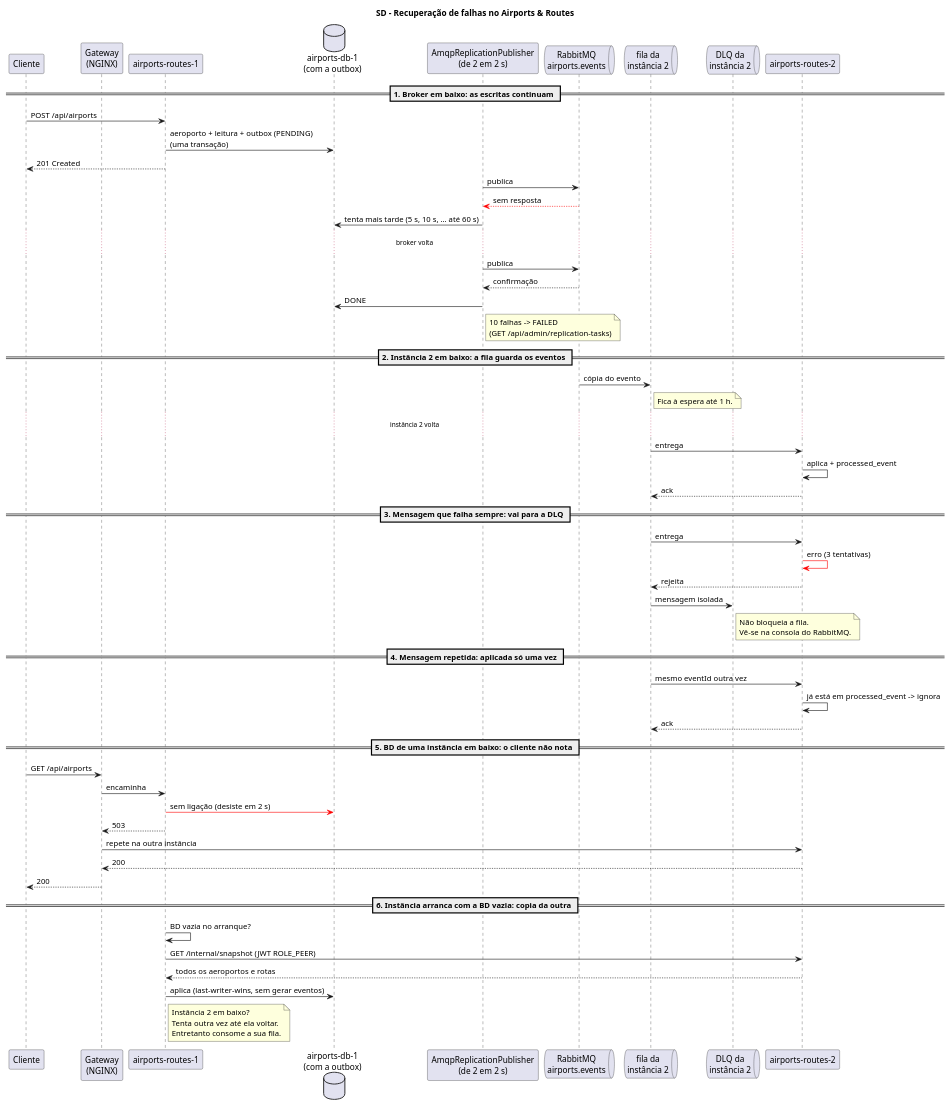
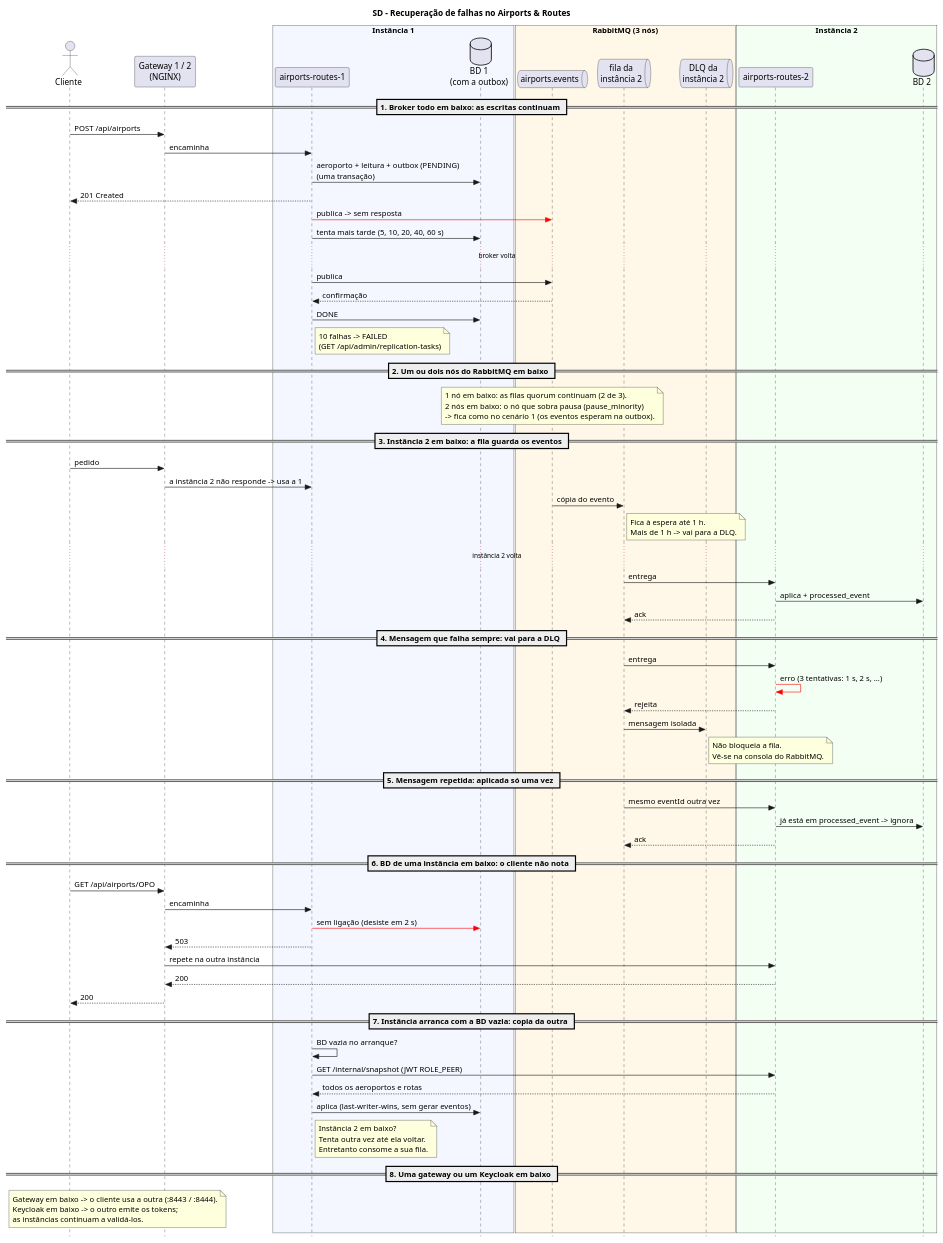
The diagram in Services/Airport e Routes/airports-routes-service/docs/E2/sd-failure-recovery.puml (anamartasilvaa/SIDIG_AI_Safe), drawn with PlantUML before and after one commit. The commit also changed 16 other files, not shown here.

```diff
--- a/Services/Airport e Routes/airports-routes-service/docs/E2/sd-failure-recovery.puml
+++ b/Services/Airport e Routes/airports-routes-service/docs/E2/sd-failure-recovery.puml
@@ -1,63 +1,85 @@
 @startuml sd-failure-recovery
-skinparam shadowing false
+skinparam style strictuml
 title SD - Recuperação de falhas no Airports & Routes
 
-participant "Cliente" as C
-participant "Gateway\n(NGINX)" as GW
+actor "Cliente" as C
+participant "Gateway 1 / 2\n(NGINX)" as GW
+box "Instância 1" #F4F7FF
 participant "airports-routes-1" as A1
-database "airports-db-1\n(com a outbox)" as DB1
-participant "AmqpReplicationPublisher\n(de 2 em 2 s)" as P
-queue "RabbitMQ\nairports.events" as MQ
+database "BD 1\n(com a outbox)" as DB1
+end box
+box "RabbitMQ (3 nós)" #FFF8E8
+queue "airports.events" as MQ
 queue "fila da\ninstância 2" as Q2
 queue "DLQ da\ninstância 2" as DLQ
+end box
+box "Instância 2" #F4FFF4
 participant "airports-routes-2" as A2
+database "BD 2" as DB2
+end box
 
-== 1. Broker em baixo: as escritas continuam ==
-C -> A1 : POST /api/airports
+== 1. Broker todo em baixo: as escritas continuam ==
+C -> GW : POST /api/airports
+GW -> A1 : encaminha
 A1 -> DB1 : aeroporto + leitura + outbox (PENDING)\n(uma transação)
 A1 --> C : 201 Created
-P -> MQ : publica
-MQ -[#red]-> P : sem resposta
-P -> DB1 : tenta mais tarde (5 s, 10 s, ... até 60 s)
+A1 -[#red]> MQ : publica -> sem resposta
+A1 -> DB1 : tenta mais tarde (5, 10, 20, 40, 60 s)
 ... broker volta ...
-P -> MQ : publica
-MQ --> P : confirmação
-P -> DB1 : DONE
-note right of P : 10 falhas -> FAILED\n(GET /api/admin/replication-tasks)
+A1 -> MQ : publica
+MQ --> A1 : confirmação
+A1 -> DB1 : DONE
+note right of A1 : 10 falhas -> FAILED\n(GET /api/admin/replication-tasks)
 
-== 2. Instância 2 em baixo: a fila guarda os eventos ==
+== 2. Um ou dois nós do RabbitMQ em baixo ==
+note over MQ
+  1 nó em baixo: as filas quorum continuam (2 de 3).
+  2 nós em baixo: o nó que sobra pausa (pause_minority)
+  -> fica como no cenário 1 (os eventos esperam na outbox).
+end note
+
+== 3. Instância 2 em baixo: a fila guarda os eventos ==
+C -> GW : pedido
+GW -> A1 : a instância 2 não responde -> usa a 1
 MQ -> Q2 : cópia do evento
-note right of Q2 : Fica à espera até 1 h.
+note right of Q2 : Fica à espera até 1 h.\nMais de 1 h -> vai para a DLQ.
 ... instância 2 volta ...
 Q2 -> A2 : entrega
-A2 -> A2 : aplica + processed_event
+A2 -> DB2 : aplica + processed_event
 A2 --> Q2 : ack
 
-== 3. Mensagem que falha sempre: vai para a DLQ ==
+== 4. Mensagem que falha sempre: vai para a DLQ ==
 Q2 -> A2 : entrega
-A2 -[#red]> A2 : erro (3 tentativas)
+A2 -[#red]> A2 : erro (3 tentativas: 1 s, 2 s, ...)
 A2 --> Q2 : rejeita
 Q2 -> DLQ : mensagem isolada
 note right of DLQ : Não bloqueia a fila.\nVê-se na consola do RabbitMQ.
 
-== 4. Mensagem repetida: aplicada só uma vez ==
+== 5. Mensagem repetida: aplicada só uma vez ==
 Q2 -> A2 : mesmo eventId outra vez
-A2 -> A2 : já está em processed_event -> ignora
+A2 -> DB2 : já está em processed_event -> ignora
 A2 --> Q2 : ack
 
-== 5. BD de uma instância em baixo: o cliente não nota ==
-C -> GW : GET /api/airports
+== 6. BD de uma instância em baixo: o cliente não nota ==
+C -> GW : GET /api/airports/OPO
 GW -> A1 : encaminha
 A1 -[#red]> DB1 : sem ligação (desiste em 2 s)
 A1 --> GW : 503
 GW -> A2 : repete na outra instância
 A2 --> GW : 200
 GW --> C : 200
 
-== 6. Instância arranca com a BD vazia: copia da outra ==
+== 7. Instância arranca com a BD vazia: copia da outra ==
 A1 -> A1 : BD vazia no arranque?
 A1 -> A2 : GET /internal/snapshot (JWT ROLE_PEER)
 A2 --> A1 : todos os aeroportos e rotas
 A1 -> DB1 : aplica (last-writer-wins, sem gerar eventos)
 note right of A1 : Instância 2 em baixo?\nTenta outra vez até ela voltar.\nEntretanto consome a sua fila.
+
+== 8. Uma gateway ou um Keycloak em baixo ==
+note over C, GW
+  Gateway em baixo -> o cliente usa a outra (:8443 / :8444).
+  Keycloak em baixo -> o outro emite os tokens;
+  as instâncias continuam a validá-los.
+end note
 @enduml
```
